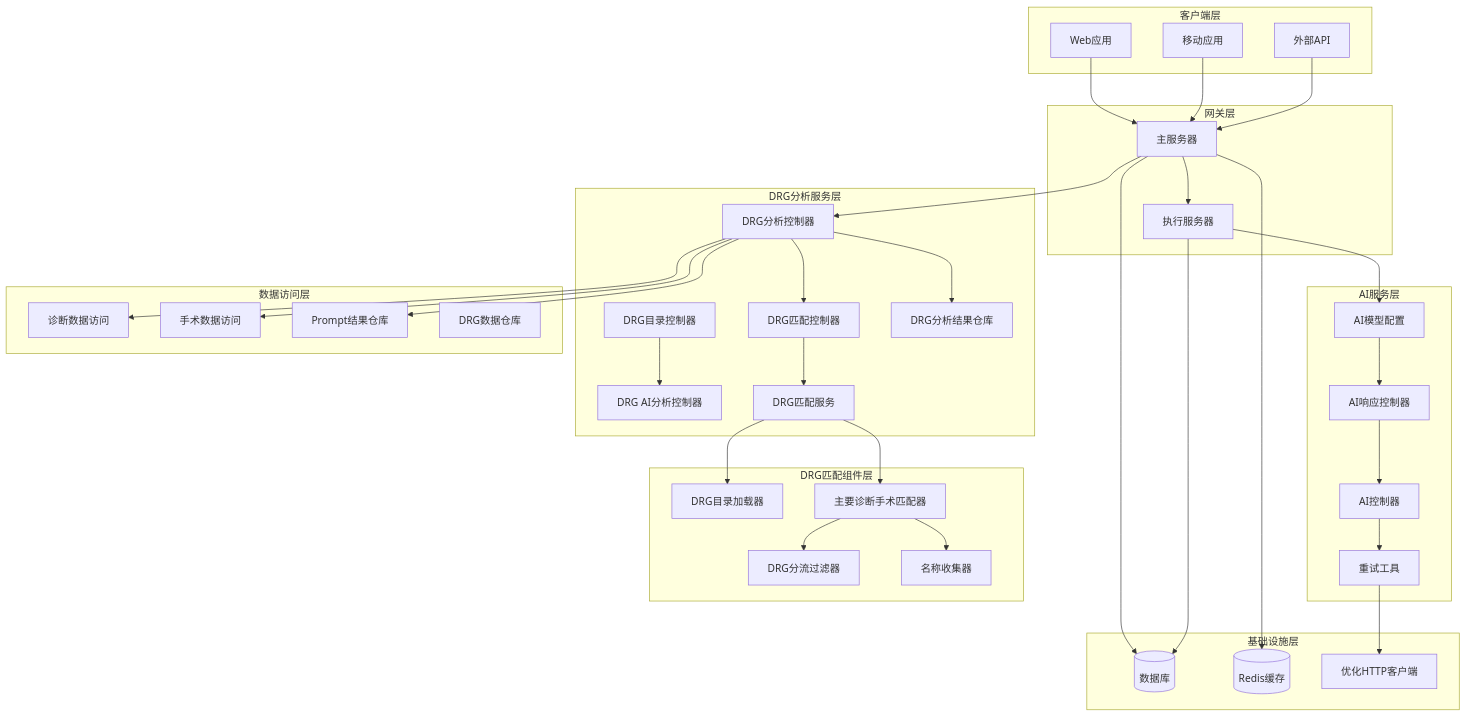
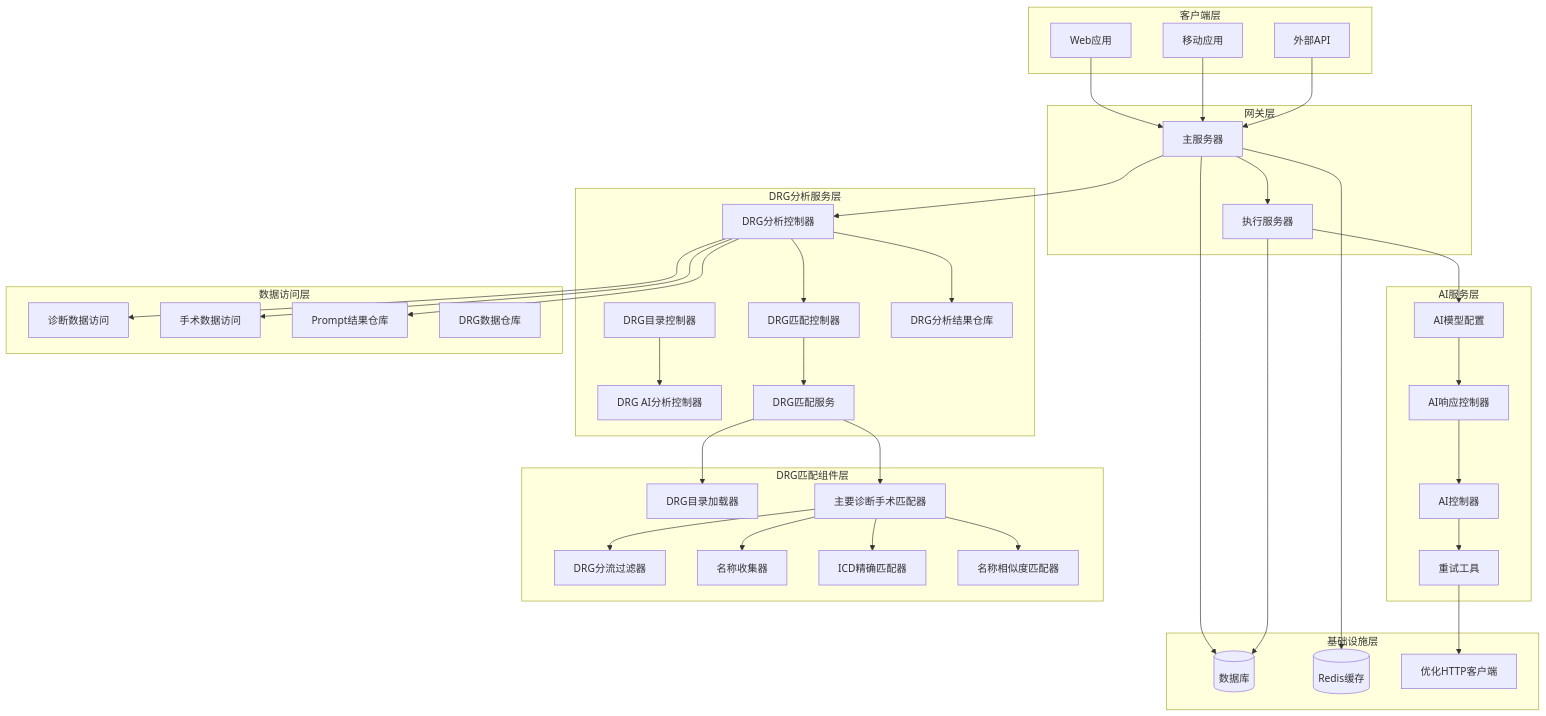
The first of 22 diagrams in .qoder/repowiki/zh/content/核心功能模块/DRG分析系统增强.md (liuzh2008/med_ai_assistant_workspace), drawn with Mermaid before and after one commit. The commit also changed other lines of this file and 4 other files, not shown here.

````diff
--- a/.qoder/repowiki/zh/content/核心功能模块/DRG分析系统增强.md
+++ b/.qoder/repowiki/zh/content/核心功能模块/DRG分析系统增强.md
@@ -103,67 +104,71 @@
 ```mermaid
 graph TB
 subgraph "客户端层"
 WebApp[Web应用]
 MobileApp[移动应用]
 API[外部API]
 end
 subgraph "网关层"
 MainServer[主服务器]
 ExecutionServer[执行服务器]
 end
 subgraph "AI服务层"
 AIModelConfig[AI模型配置]
 AIResponseController[AI响应控制器]
 AIController[AI控制器]
 RetryUtil[重试工具]
 end
 subgraph "DRG分析服务层"
 DrgAnalysisController[DRG分析控制器]
 DrgMatchingController[DRG匹配控制器]
 DrgCatalogController[DRG目录控制器]
 DrgAiAnalysisController[DRG AI分析控制器]
 DrgMatchingService[DRG匹配服务]
 DrgAnalysisResultRepository[DRG分析结果仓库]
 end
 subgraph "DRG匹配组件层"
 DrgCatalogLoader[DRG目录加载器]
 PrimaryDiagnosisProcedureMatcher[主要诊断手术匹配器]
 DrgFilter[DRG分流过滤器]
 NameCollector[名称收集器]
+IcdMatcher[ICD精确匹配器]
+NameMatcher[名称相似度匹配器]
 end
 subgraph "数据访问层"
 DiagnosisRepository[诊断数据访问]
 SurgeryRepository[手术数据访问]
 PromptResultRepository[Prompt结果仓库]
 DrgRepository[DRG数据仓库]
 end
 subgraph "基础设施层"
 Database[(数据库)]
 Redis[(Redis缓存)]
 HttpClient[优化HTTP客户端]
 end
 WebApp --> MainServer
 MobileApp --> MainServer
 API --> MainServer
 MainServer --> ExecutionServer
 ExecutionServer --> AIModelConfig
 AIModelConfig --> AIResponseController
 AIResponseController --> AIController
 AIController --> RetryUtil
 RetryUtil --> HttpClient
 MainServer --> DrgAnalysisController
 DrgAnalysisController --> DrgMatchingController
 DrgMatchingController --> DrgMatchingService
 DrgMatchingService --> DrgCatalogLoader
 DrgMatchingService --> PrimaryDiagnosisProcedureMatcher
 PrimaryDiagnosisProcedureMatcher --> DrgFilter
 PrimaryDiagnosisProcedureMatcher --> NameCollector
+PrimaryDiagnosisProcedureMatcher --> IcdMatcher
+PrimaryDiagnosisProcedureMatcher --> NameMatcher
 DrgCatalogController --> DrgAiAnalysisController
 DrgAnalysisController --> DrgAnalysisResultRepository
 DrgAnalysisController --> DiagnosisRepository
 DrgAnalysisController --> SurgeryRepository
 DrgAnalysisController --> PromptResultRepository
 MainServer --> Database
 MainServer --> Redis
 ExecutionServer --> Database
 ```
````
